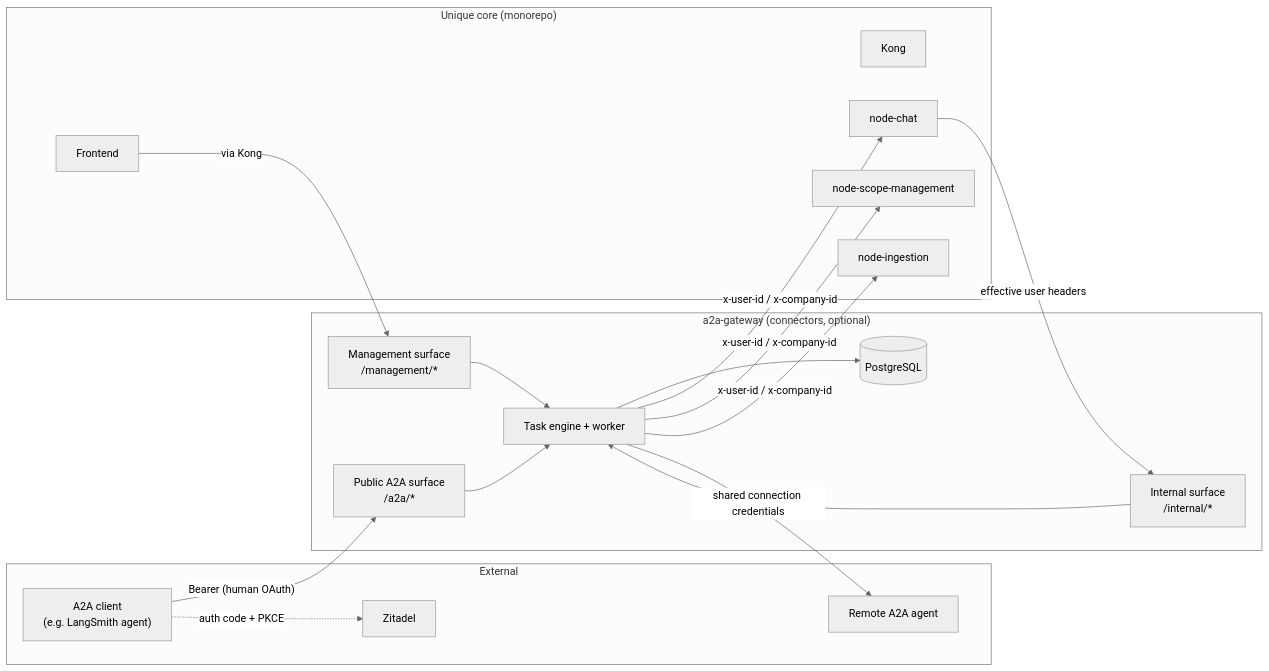
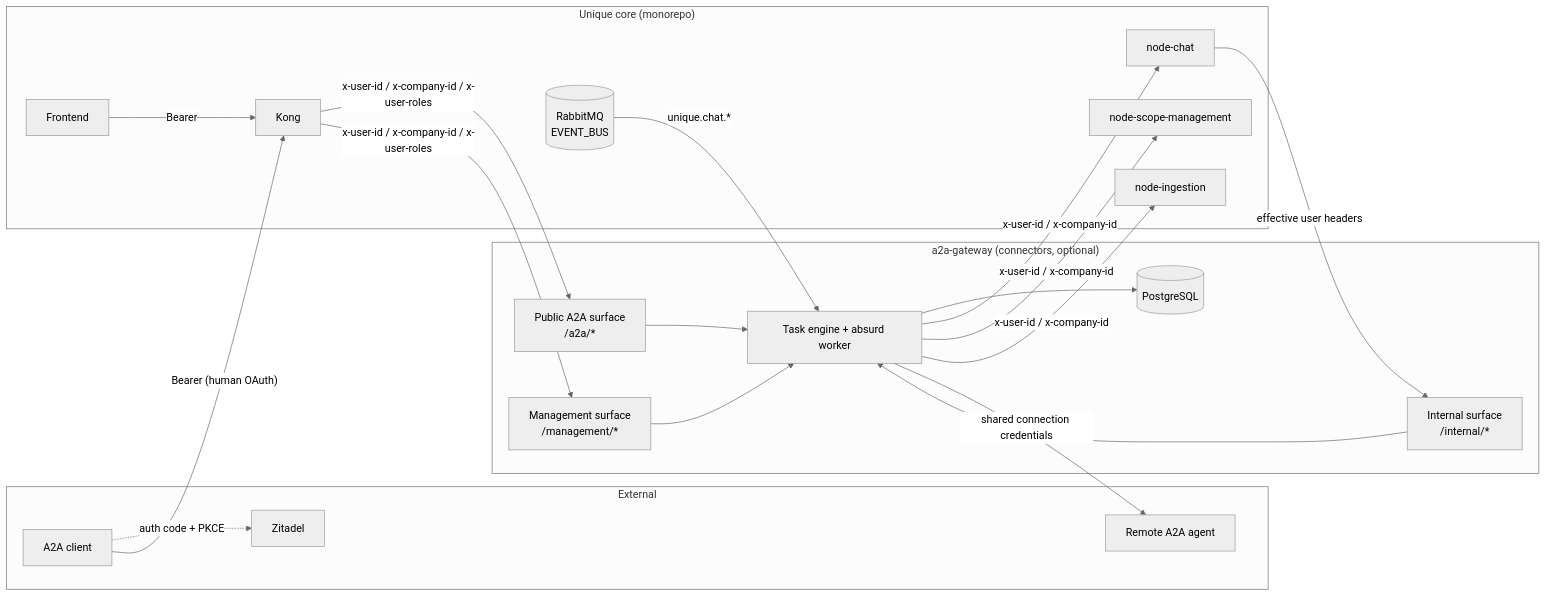
The first of 2 diagrams in services/a2a-gateway/docs/architecture.md (Unique-AG/connectors), drawn with Mermaid before and after one commit. The commit also changed other lines of this file and 7 other files, not shown here.

Commit message:
docs(a2a-gateway): apply review decisions (Kong-only auth, event bus, absurd, NestJS 12 ESM, typeid)

````diff
--- a/services/a2a-gateway/docs/architecture.md
+++ b/services/a2a-gateway/docs/architecture.md
@@ -5,34 +5,37 @@
 ```mermaid
 %%{init: {'theme': 'neutral'}}%%
 flowchart LR
     subgraph Ext["External"]
-        Client["A2A client<br/>(e.g. LangSmith agent)"]
+        Client["A2A client"]
         Remote["Remote A2A agent"]
         Zitadel["Zitadel"]
     end
 
     subgraph GW["a2a-gateway (connectors, optional)"]
         Pub["Public A2A surface<br/>/a2a/*"]
         Mgmt["Management surface<br/>/management/*"]
         Int["Internal surface<br/>/internal/*"]
-        Core["Task engine + worker"]
+        Core["Task engine + absurd worker"]
         DB[("PostgreSQL")]
     end
 
     subgraph Unique["Unique core (monorepo)"]
         Kong["Kong"]
         Chat["node-chat"]
         SM["node-scope-management"]
         Ing["node-ingestion"]
+        MQ[("RabbitMQ<br/>EVENT_BUS")]
         FE["Frontend"]
     end
 
-    Client -->|"Bearer (human OAuth)"| Pub
     Client -.->|auth code + PKCE| Zitadel
-    FE -->|via Kong| Mgmt
+    Client -->|"Bearer (human OAuth)"| Kong
+    FE -->|Bearer| Kong
+    Kong -->|"x-user-id / x-company-id / x-user-roles"| Pub & Mgmt
     Chat -->|"effective user headers"| Int
     Pub & Mgmt & Int --> Core
     Core --> DB
     Core -->|"x-user-id / x-company-id"| Chat & SM & Ing
+    MQ -->|"unique.chat.*"| Core
     Core -->|"shared connection credentials"| Remote
 ```
````
